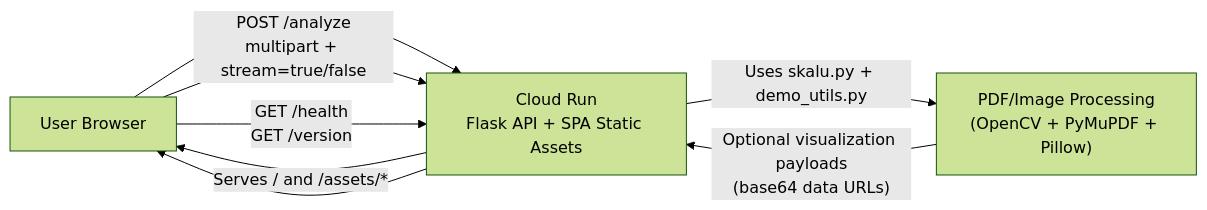
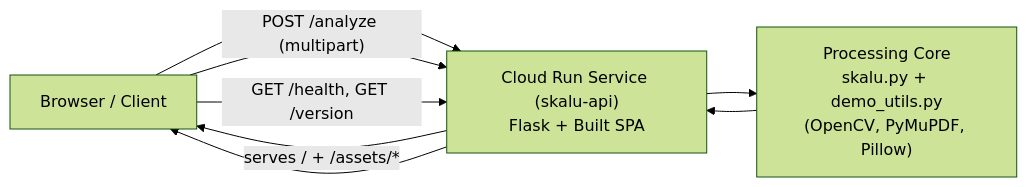
Before and after one commit to ragaeeb/skalu: the first of 3 diagrams in docs/architecture.md, drawn with Mermaid (forest theme). The commit also changed other lines of this file and 19 other files, not shown here.

````diff
--- a/docs/architecture.md
+++ b/docs/architecture.md
@@ -19,10 +20,10 @@
 ```mermaid
 flowchart LR
-  user["User Browser"] --> api["Cloud Run\nFlask API + SPA Static Assets"]
-  api -->|"Serves / and /assets/*"| user
-  user -->|"POST /analyze\nmultipart + stream=true/false"| api
-  user -->|"GET /health\nGET /version"| api
-  api -->|"Uses skalu.py + demo_utils.py"| proc["PDF/Image Processing\n(OpenCV + PyMuPDF + Pillow)"]
-  proc -->|"Optional visualization payloads\n(base64 data URLs)"| api
-  api --> user
+  browser["Browser / Client"] --> app["Cloud Run Service (skalu-api)\nFlask + Built SPA"]
+  app -->|"serves / + /assets/*"| browser
+  browser -->|"POST /analyze (multipart)"| app
+  browser -->|"GET /health, GET /version"| app
+  app --> core["Processing Core\nskalu.py + demo_utils.py\n(OpenCV, PyMuPDF, Pillow)"]
+  core --> app
+  app --> browser
 ```
````
